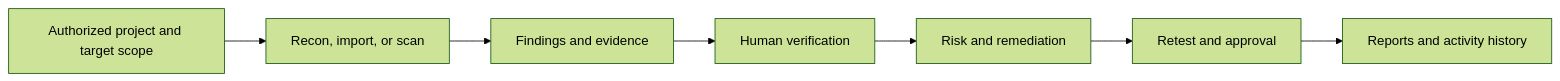
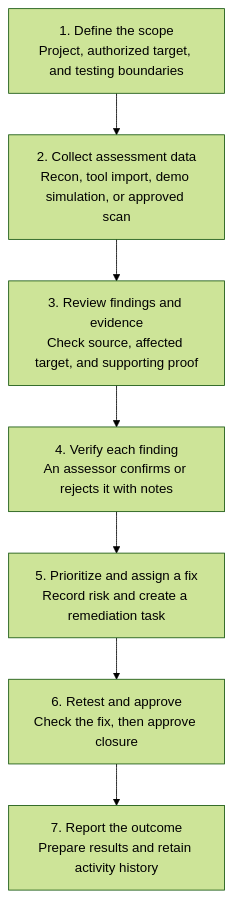
One commit to Feliciety02/AIVERA-pro changed the diagram in README.md. Above: the diagram before and after it, drawn with Mermaid (forest theme). The commit also changed other lines of this file and 2 other files, not shown here.

Commit message:
seven step diagram

````diff
--- a/README.md
+++ b/README.md
@@ -252,9 +252,11 @@
 ```mermaid
-flowchart LR
-    A["Authorized project and target scope"] --> B["Recon, import, or scan"]
-    B --> C["Findings and evidence"]
-    C --> D["Human verification"]
-    D --> E["Risk and remediation"]
-    E --> F["Retest and approval"]
-    F --> G["Reports and activity history"]
+flowchart TD
+    A["1. Define the scope<br/>Project, authorized target, and testing boundaries"]
+    B["2. Collect assessment data<br/>Recon, tool import, demo simulation, or approved scan"]
+    C["3. Review findings and evidence<br/>Check source, affected target, and supporting proof"]
+    D["4. Verify each finding<br/>An assessor confirms or rejects it with notes"]
+    E["5. Prioritize and assign a fix<br/>Record risk and create a remediation task"]
+    F["6. Retest and approve<br/>Check the fix, then approve closure"]
+    G["7. Report the outcome<br/>Prepare results and retain activity history"]
+    A --> B --> C --> D --> E --> F --> G
 ```
````
